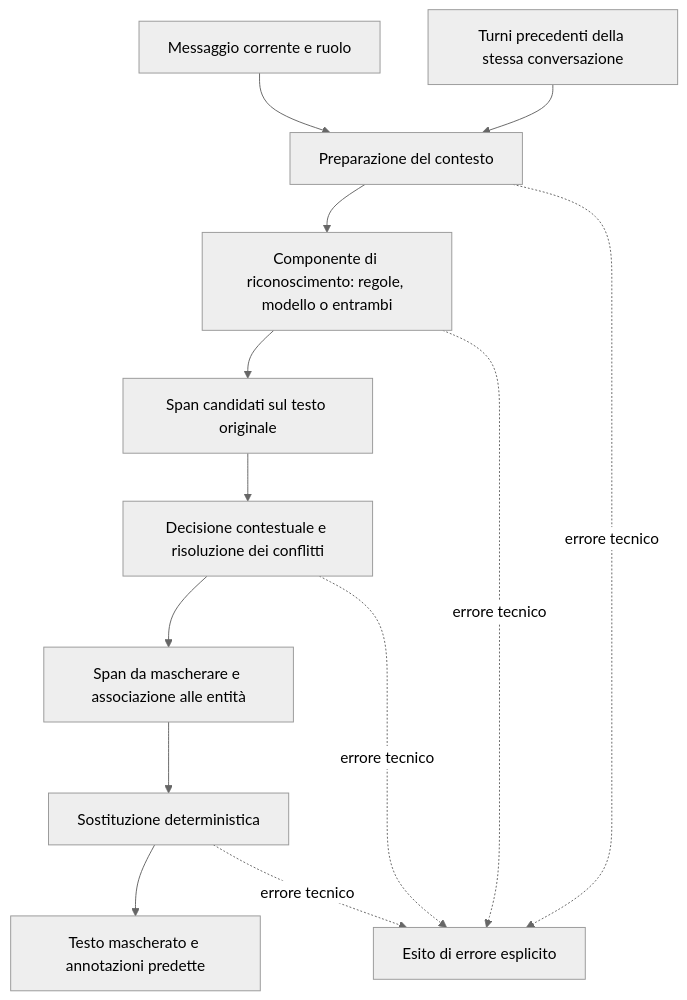
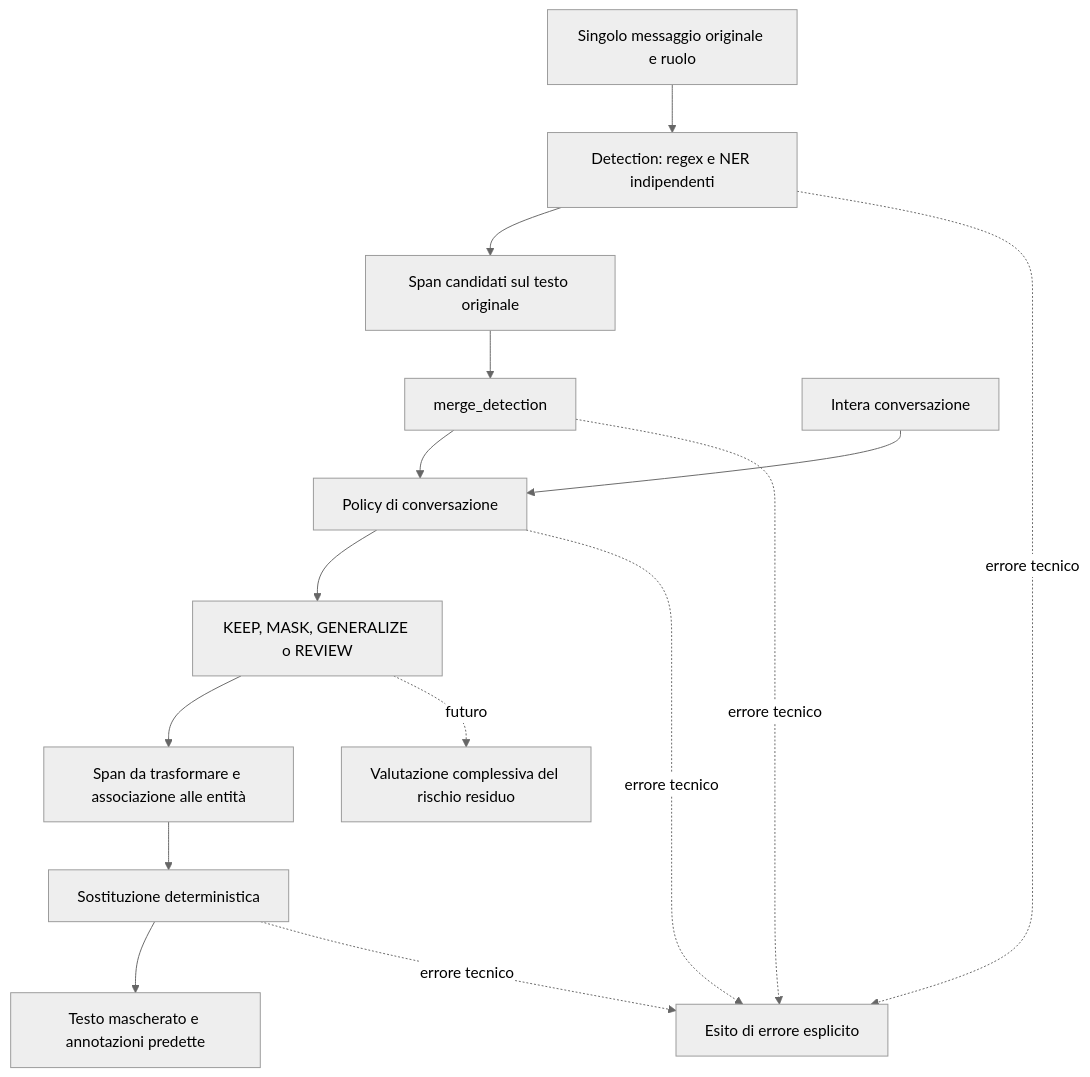
One commit to istat-methodology/string-anonym changed the first of 2 diagrams in docs/metodologia_masking.md. Above: the diagram before and after it, drawn with Mermaid (neutral theme). The commit also changed other lines of this file and 52 other files, not shown here.

````diff
--- a/docs/metodologia_masking.md
+++ b/docs/metodologia_masking.md
@@ -119,15 +121,17 @@
 ```mermaid
 flowchart TD
-    A[Messaggio corrente e ruolo] --> B[Preparazione del contesto]
-    H[Turni precedenti della stessa conversazione] --> B
-    B --> C[Componente di riconoscimento: regole, modello o entrambi]
+    A[Singolo messaggio originale e ruolo] --> C[Detection: regex e NER indipendenti]
     C --> D[Span candidati sul testo originale]
-    D --> E[Decisione contestuale e risoluzione dei conflitti]
-    E --> F[Span da mascherare e associazione alle entità]
+    D --> M[merge_detection]
+    H[Intera conversazione] --> E[Policy di conversazione]
+    M --> E
+    E --> R[KEEP, MASK, GENERALIZE o REVIEW]
+    R --> F[Span da trasformare e associazione alle entità]
+    R -. futuro .-> V[Valutazione complessiva del rischio residuo]
     F --> G[Sostituzione deterministica]
     G --> O[Testo mascherato e annotazioni predette]
-    B -. errore tecnico .-> X[Esito di errore esplicito]
-    C -. errore tecnico .-> X
+    C -. errore tecnico .-> X[Esito di errore esplicito]
+    M -. errore tecnico .-> X
     E -. errore tecnico .-> X
     G -. errore tecnico .-> X
 ```
````
